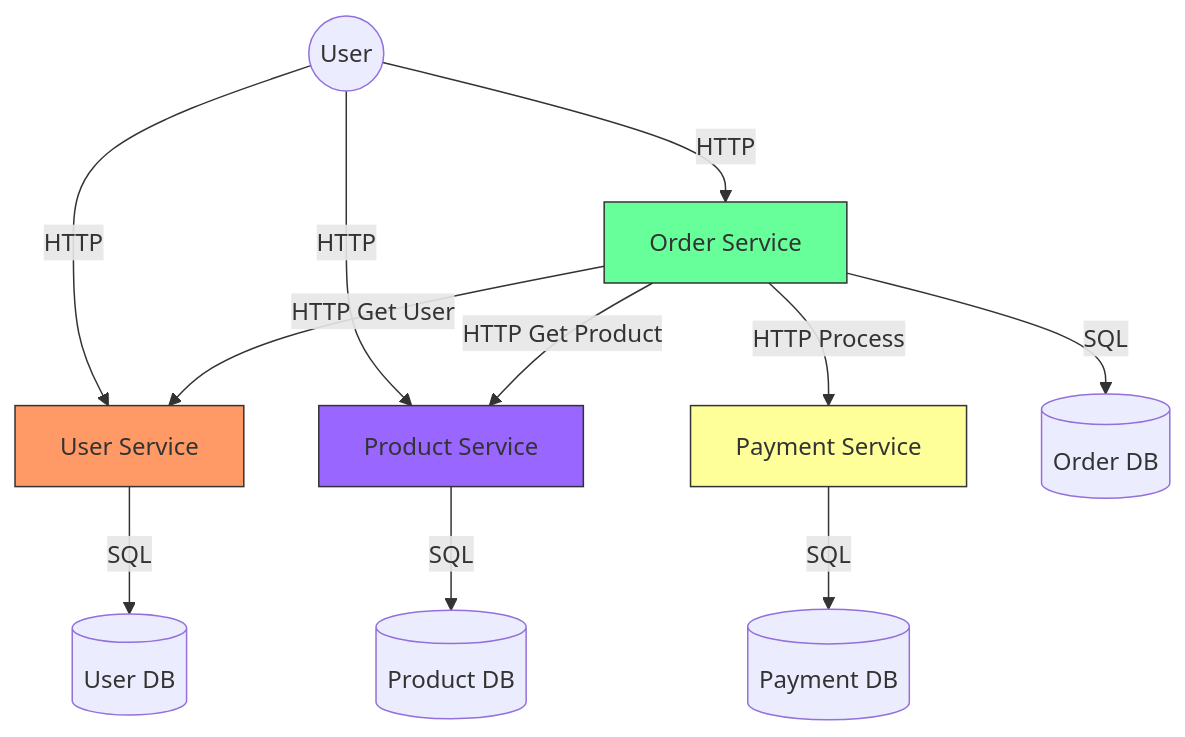
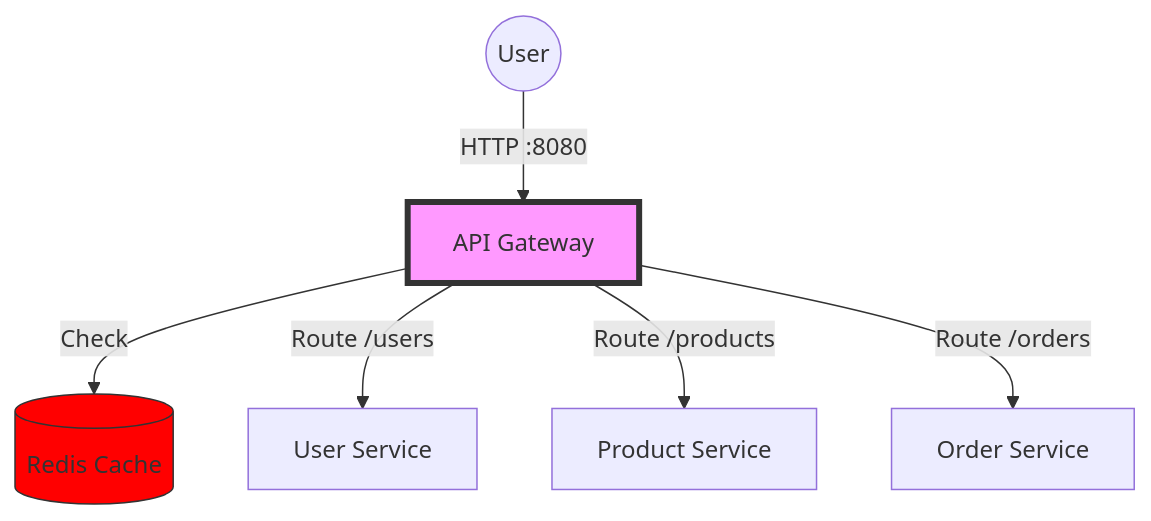
The diagram in README.md (sreedhargs89/ecommerce-evolution), drawn with Mermaid before and after one commit. The commit also changed other lines of this file and 4 other files, not shown here.

Commit message:
Stage 4: API Gateway & Redis Caching

````diff
--- a/README.md
+++ b/README.md
@@ -11,22 +12,13 @@
 ```mermaid
 graph TD
-    User((User)) -->|HTTP| Users[User Service]
-    User -->|HTTP| Products[Product Service]
-    User -->|HTTP| Orders[Order Service]
+    User((User)) -->|HTTP :8080| Gateway[API Gateway]
     
-    %% Internal Service Communication
-    Orders -->|HTTP Get User| Users
-    Orders -->|HTTP Get Product| Products
-    Orders -->|HTTP Process| Payments[Payment Service]
+    Gateway -->|Check| Cache[(Redis Cache)]
     
-    %% Databases (Database-per-Service Pattern)
-    Users -->|SQL| UserDB[(User DB)]
-    Products -->|SQL| ProdDB[(Product DB)]
-    Orders -->|SQL| OrderDB[(Order DB)]
-    Payments -->|SQL| PayDB[(Payment DB)]
+    Gateway -->|Route /users| Users[User Service]
+    Gateway -->|Route /products| Products[Product Service]
+    Gateway -->|Route /orders| Orders[Order Service]
     
-    style Users fill:#f96,stroke:#333
-    style Products fill:#96f,stroke:#333
-    style Orders fill:#6f9,stroke:#333
-    style Payments fill:#ff9,stroke:#333
+    style Gateway fill:#f9f,stroke:#333,stroke-width:4px
+    style Cache fill:#f00,stroke:#333
 ```
````
